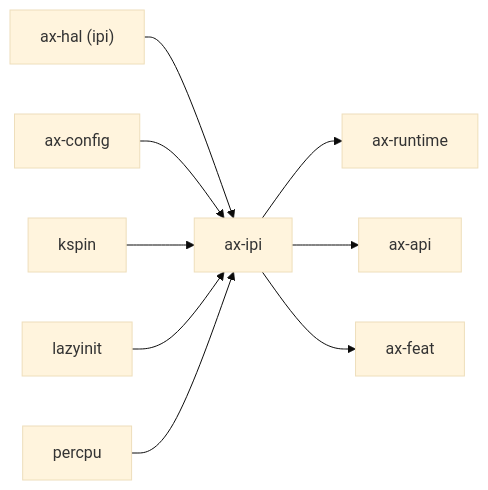
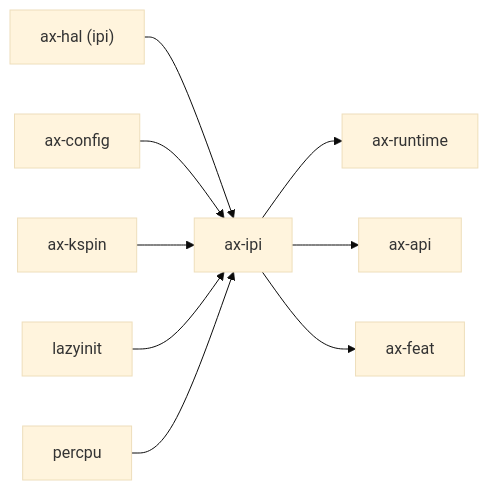
Before and after one commit to zKurisu/tgoskits: the second of 2 diagrams in docs/crates/ax-ipi.md, drawn with Mermaid (base theme). The commit also changed other lines of this file and 101 other files, not shown here.

````diff
--- a/docs/crates/ax-ipi.md
+++ b/docs/crates/ax-ipi.md
@@ -77,12 +77,12 @@
 ```mermaid
 graph LR
     ax-hal["ax-hal (ipi)"] --> ax-ipi["ax-ipi"]
     axconfig["ax-config"] --> ax-ipi
-    kspin["kspin"] --> ax-ipi
+    ax_kspin["ax-kspin"] --> ax-ipi
     lazyinit["lazyinit"] --> ax-ipi
     percpu["percpu"] --> ax-ipi
 
     ax-ipi --> ax-runtime["ax-runtime"]
     ax-ipi --> ax-api["ax-api"]
     ax-ipi --> ax-feat["ax-feat"]
 ```
````
